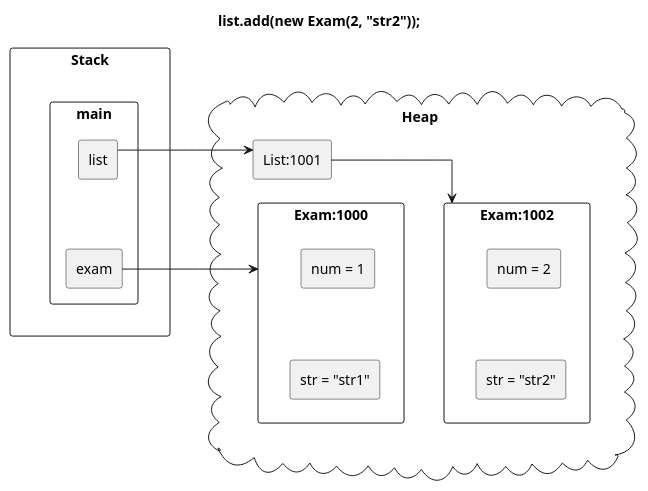
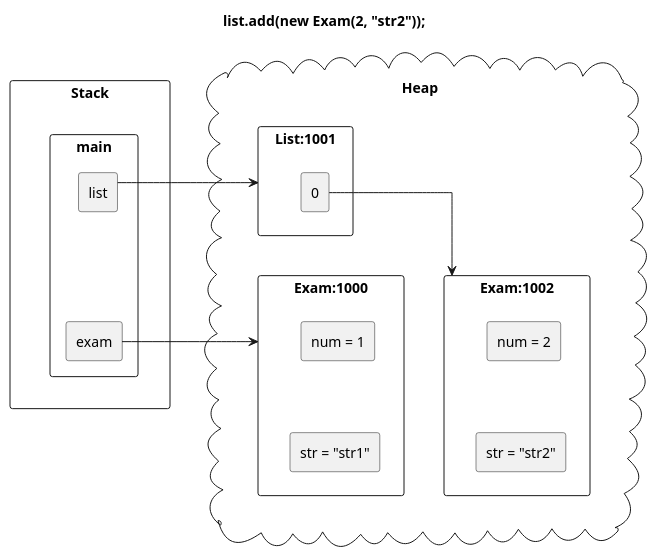
The diagram in plantuml/java/concept-memorymanagement-14.plantuml (windowforsun/blog), drawn with PlantUML before and after one commit. The commit also changed 7 other files, not shown here.

```diff
--- a/plantuml/java/concept-memorymanagement-14.plantuml
+++ b/plantuml/java/concept-memorymanagement-14.plantuml
@@ -1,39 +1,41 @@
 @startuml
 skinparam linetype ortho
 
 title list.add(new Exam(2, "str2"));
 
 rectangle "Stack" {
 	rectangle "main" {
 		rectangle "exam"
 		rectangle "list"
 	}
 
 	exam -[hidden]u-list
 }
 
 cloud "Heap" {
 	rectangle "Exam:1000" as Exam1000 {
 		rectangle "num = 1" as num1000
 		rectangle "str = "str1"" as str1000
 		num1000 -[hidden]d- str1000
 	}
 
-	rectangle "List:1001" as List1001
+	rectangle "List:1001" as List1001 {
+		rectangle "0"
+	}
 
 	rectangle "Exam:1002" as Exam1002 {
 		rectangle "num = 2" as num1002
 		rectangle "str = "str2"" as str1002
 		num1002 -[hidden]d- str1002
 	}
 
 	Exam1000 -[hidden]u- List1001
-	List1001 -d-> Exam1002
+	0 -d-> Exam1002
 }
 
 Stack -[hidden]r-Heap
 
 exam -r-> Exam1000
 list -r-> List1001
 
 @enduml
```
